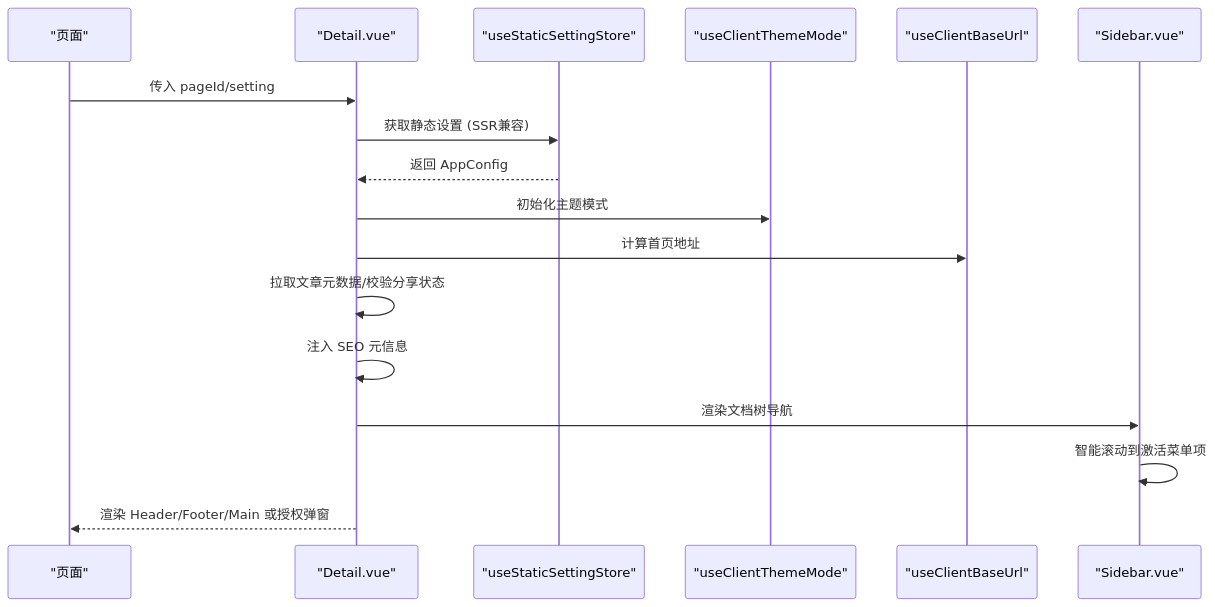
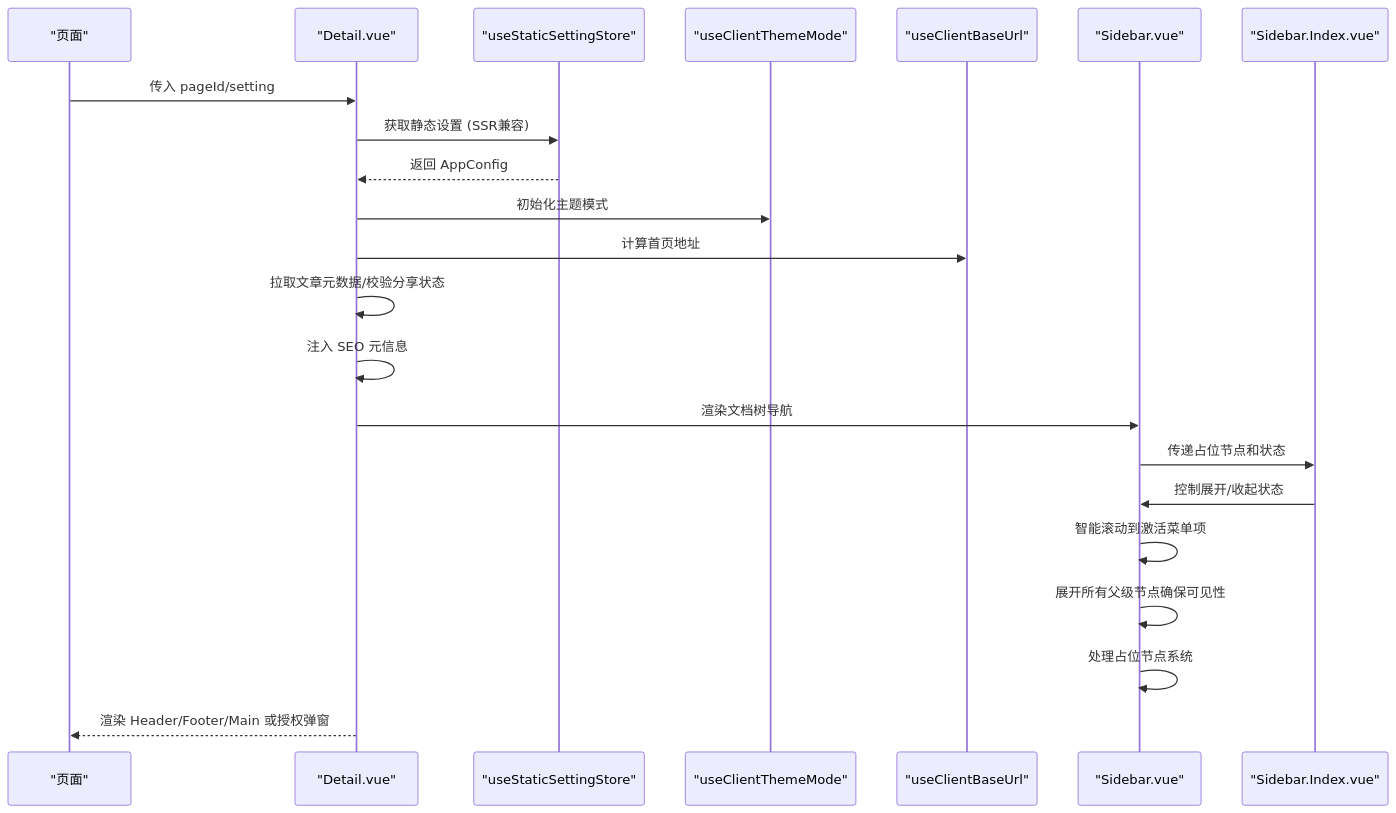
One commit to terwer/siyuan-plugin-blog changed the second of 4 diagrams in .qoder/repowiki/zh/content/核心功能/UI 组件系统/静态组件.md. Above: the diagram before and after it, drawn with Mermaid. The commit also changed other lines of this file and 31 other files, not shown here.

````diff
--- a/.qoder/repowiki/zh/content/核心功能/UI 组件系统/静态组件.md
+++ b/.qoder/repowiki/zh/content/核心功能/UI 组件系统/静态组件.md
@@ -161,19 +188,24 @@
 ```mermaid
 sequenceDiagram
 participant Page as "页面"
 participant Detail as "Detail.vue"
 participant Store as "useStaticSettingStore"
 participant Theme as "useClientThemeMode"
 participant Base as "useClientBaseUrl"
 participant Sidebar as "Sidebar.vue"
+participant SidebarIndex as "Sidebar.Index.vue"
 Page->>Detail : 传入 pageId/setting
 Detail->>Store : 获取静态设置 (SSR兼容)
 Store-->>Detail : 返回 AppConfig
 Detail->>Theme : 初始化主题模式
 Detail->>Base : 计算首页地址
 Detail->>Detail : 拉取文章元数据/校验分享状态
 Detail->>Detail : 注入 SEO 元信息
 Detail->>Sidebar : 渲染文档树导航
+Sidebar->>SidebarIndex : 传递占位节点和状态
+SidebarIndex->>Sidebar : 控制展开/收起状态
 Sidebar->>Sidebar : 智能滚动到激活菜单项
+Sidebar->>Sidebar : 展开所有父级节点确保可见性
+Sidebar->>Sidebar : 处理占位节点系统
 Detail-->>Page : 渲染 Header/Footer/Main 或授权弹窗
 ```
````
